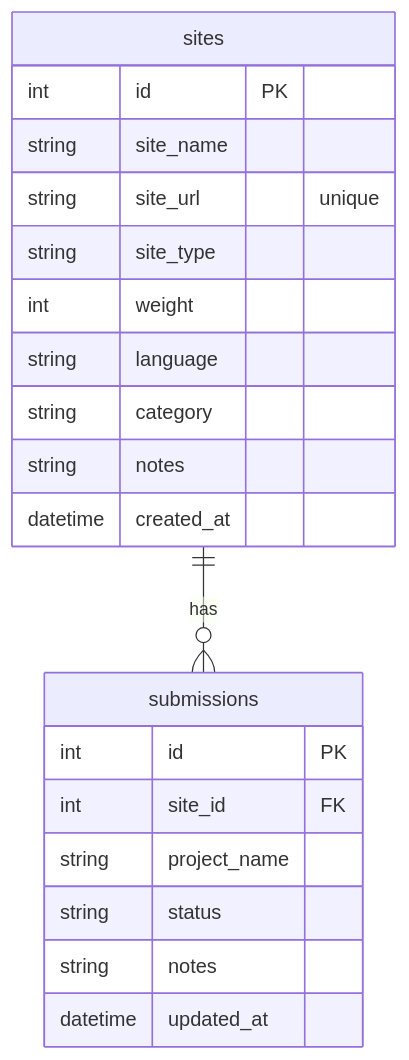
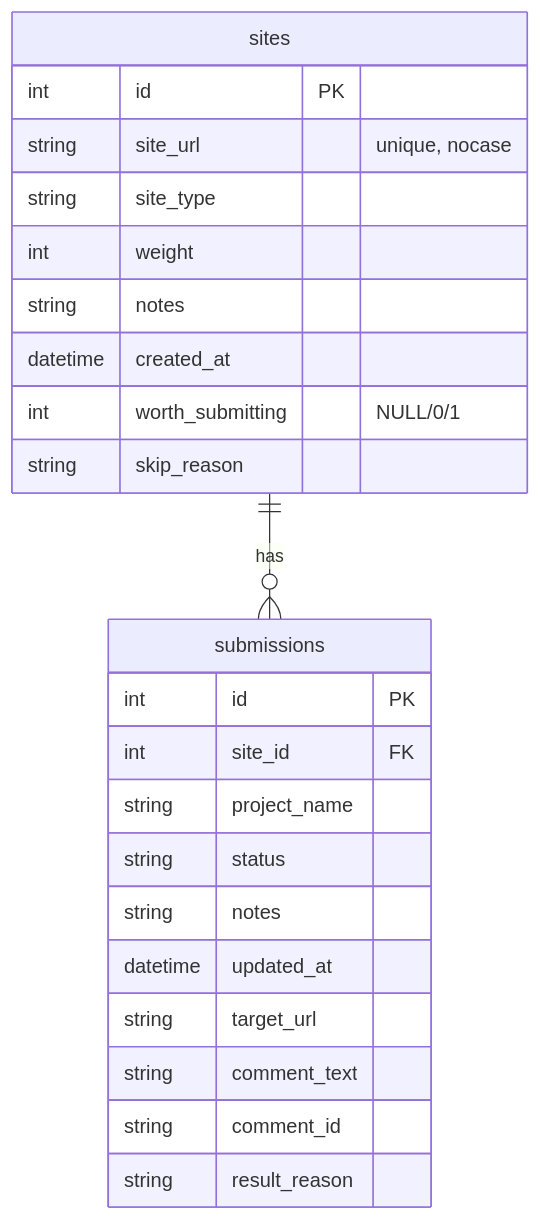
One commit to pang3fan-creator/backlink-delete changed the diagram in 0-Develop_Doc/DATABASE-DESIGN.md. Above: the diagram before and after it, drawn with Mermaid. The commit also changed other lines of this file and 6 other files, not shown here.

````diff
--- a/0-Develop_Doc/DATABASE-DESIGN.md
+++ b/0-Develop_Doc/DATABASE-DESIGN.md
@@ -5,25 +7,28 @@
 ```mermaid
 erDiagram
     sites ||--o{ submissions : has
-    
+
     sites {
         int id PK
-        string site_name
-        string site_url "unique"
+        string site_url "unique, nocase"
         string site_type
         int weight
-        string language
-        string category
         string notes
         datetime created_at
+        int worth_submitting "NULL/0/1"
+        string skip_reason
     }
-    
+
     submissions {
         int id PK
         int site_id FK
         string project_name
         string status
         string notes
         datetime updated_at
+        string target_url
+        string comment_text
+        string comment_id
+        string result_reason
     }
 ```
````
